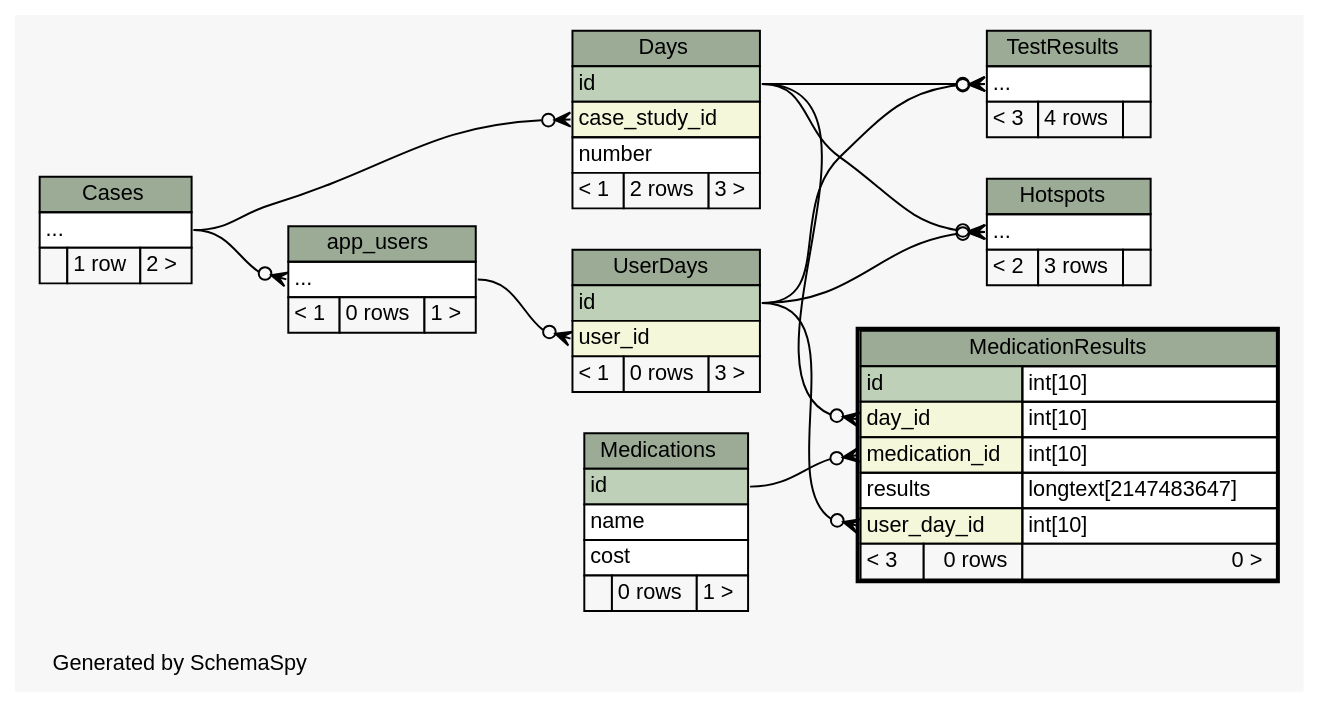
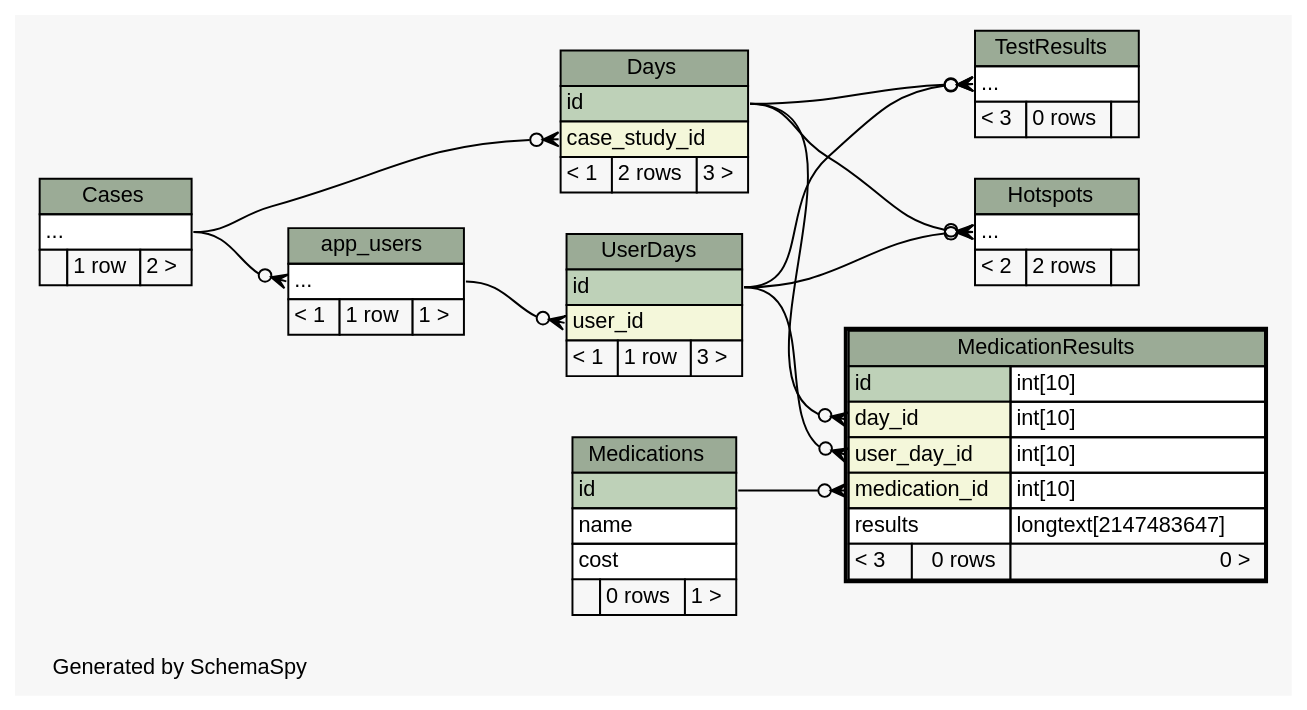
The diagram in web/files/schema/diagrams/MedicationResults.2degrees.dot (carrel2/CaseStudies), drawn with Graphviz before and after one commit. The commit also changed 75 other files, not shown here.

```diff
--- a/web/files/schema/diagrams/MedicationResults.2degrees.dot
+++ b/web/files/schema/diagrams/MedicationResults.2degrees.dot
@@ -1,121 +1,120 @@
 // dot 2.38.0 on Linux 4.4.0-64-generic
 // SchemaSpy rev 590
 digraph "twoDegreesRelationshipsDiagram" {
   graph [
     rankdir="RL"
     bgcolor="#f7f7f7"
     label="\nGenerated by SchemaSpy"
     labeljust="l"
     nodesep="0.18"
     ranksep="0.46"
     fontname="Helvetica"
     fontsize="11"
   ];
   node [
     fontname="Helvetica"
     fontsize="11"
     shape="plaintext"
   ];
   edge [
     arrowsize="0.8"
   ];
   "app_users":"elipses":w -> "Cases":"elipses":e [arrowhead=none dir=back arrowtail=crowodot];
   "Days":"case_study_id":w -> "Cases":"elipses":e [arrowhead=none dir=back arrowtail=crowodot];
   "Hotspots":"elipses":w -> "Days":"id":e [arrowhead=none dir=back arrowtail=crowodot];
   "Hotspots":"elipses":w -> "UserDays":"id":e [arrowhead=none dir=back arrowtail=crowodot];
   "MedicationResults":"day_id":w -> "Days":"id":e [arrowhead=none dir=back arrowtail=crowodot];
   "MedicationResults":"medication_id":w -> "Medications":"id":e [arrowhead=none dir=back arrowtail=crowodot];
   "MedicationResults":"user_day_id":w -> "UserDays":"id":e [arrowhead=none dir=back arrowtail=crowodot];
   "TestResults":"elipses":w -> "Days":"id":e [arrowhead=none dir=back arrowtail=crowodot];
   "TestResults":"elipses":w -> "UserDays":"id":e [arrowhead=none dir=back arrowtail=crowodot];
   "UserDays":"user_id":w -> "app_users":"elipses":e [arrowhead=none dir=back arrowtail=crowodot];
   "app_users" [
     label=<
     <TABLE BORDER="0" CELLBORDER="1" CELLSPACING="0" BGCOLOR="#ffffff">
       <TR><TD COLSPAN="3" BGCOLOR="#9bab96" ALIGN="CENTER">app_users</TD></TR>
       <TR><TD PORT="elipses" COLSPAN="3" ALIGN="LEFT">...</TD></TR>
-      <TR><TD ALIGN="LEFT" BGCOLOR="#f7f7f7">&lt; 1</TD><TD ALIGN="RIGHT" BGCOLOR="#f7f7f7">0 rows</TD><TD ALIGN="RIGHT" BGCOLOR="#f7f7f7">1 &gt;</TD></TR>
+      <TR><TD ALIGN="LEFT" BGCOLOR="#f7f7f7">&lt; 1</TD><TD ALIGN="RIGHT" BGCOLOR="#f7f7f7">1 row</TD><TD ALIGN="RIGHT" BGCOLOR="#f7f7f7">1 &gt;</TD></TR>
     </TABLE>>
     URL="app_users.html"
     tooltip="app_users"
   ];
   "Cases" [
     label=<
     <TABLE BORDER="0" CELLBORDER="1" CELLSPACING="0" BGCOLOR="#ffffff">
       <TR><TD COLSPAN="3" BGCOLOR="#9bab96" ALIGN="CENTER">Cases</TD></TR>
       <TR><TD PORT="elipses" COLSPAN="3" ALIGN="LEFT">...</TD></TR>
       <TR><TD ALIGN="LEFT" BGCOLOR="#f7f7f7">  </TD><TD ALIGN="RIGHT" BGCOLOR="#f7f7f7">1 row</TD><TD ALIGN="RIGHT" BGCOLOR="#f7f7f7">2 &gt;</TD></TR>
     </TABLE>>
     URL="Cases.html"
     tooltip="Cases"
   ];
   "Days" [
     label=<
     <TABLE BORDER="0" CELLBORDER="1" CELLSPACING="0" BGCOLOR="#ffffff">
       <TR><TD COLSPAN="3" BGCOLOR="#9bab96" ALIGN="CENTER">Days</TD></TR>
       <TR><TD PORT="id" COLSPAN="3" BGCOLOR="#bed1b8" ALIGN="LEFT">id</TD></TR>
       <TR><TD PORT="case_study_id" COLSPAN="3" BGCOLOR="#f4f7da" ALIGN="LEFT">case_study_id</TD></TR>
-      <TR><TD PORT="number" COLSPAN="3" ALIGN="LEFT">number</TD></TR>
       <TR><TD ALIGN="LEFT" BGCOLOR="#f7f7f7">&lt; 1</TD><TD ALIGN="RIGHT" BGCOLOR="#f7f7f7">2 rows</TD><TD ALIGN="RIGHT" BGCOLOR="#f7f7f7">3 &gt;</TD></TR>
     </TABLE>>
     URL="Days.html"
     tooltip="Days"
   ];
   "Hotspots" [
     label=<
     <TABLE BORDER="0" CELLBORDER="1" CELLSPACING="0" BGCOLOR="#ffffff">
       <TR><TD COLSPAN="3" BGCOLOR="#9bab96" ALIGN="CENTER">Hotspots</TD></TR>
       <TR><TD PORT="elipses" COLSPAN="3" ALIGN="LEFT">...</TD></TR>
-      <TR><TD ALIGN="LEFT" BGCOLOR="#f7f7f7">&lt; 2</TD><TD ALIGN="RIGHT" BGCOLOR="#f7f7f7">3 rows</TD><TD ALIGN="RIGHT" BGCOLOR="#f7f7f7">  </TD></TR>
+      <TR><TD ALIGN="LEFT" BGCOLOR="#f7f7f7">&lt; 2</TD><TD ALIGN="RIGHT" BGCOLOR="#f7f7f7">2 rows</TD><TD ALIGN="RIGHT" BGCOLOR="#f7f7f7">  </TD></TR>
     </TABLE>>
     URL="Hotspots.html"
     tooltip="Hotspots"
   ];
   "MedicationResults" [
     label=<
     <TABLE BORDER="2" CELLBORDER="1" CELLSPACING="0" BGCOLOR="#ffffff">
       <TR><TD COLSPAN="3" BGCOLOR="#9bab96" ALIGN="CENTER">MedicationResults</TD></TR>
       <TR><TD PORT="id" COLSPAN="2" BGCOLOR="#bed1b8" ALIGN="LEFT">id</TD><TD PORT="id.type" ALIGN="LEFT">int[10]</TD></TR>
       <TR><TD PORT="day_id" COLSPAN="2" BGCOLOR="#f4f7da" ALIGN="LEFT">day_id</TD><TD PORT="day_id.type" ALIGN="LEFT">int[10]</TD></TR>
+      <TR><TD PORT="user_day_id" COLSPAN="2" BGCOLOR="#f4f7da" ALIGN="LEFT">user_day_id</TD><TD PORT="user_day_id.type" ALIGN="LEFT">int[10]</TD></TR>
       <TR><TD PORT="medication_id" COLSPAN="2" BGCOLOR="#f4f7da" ALIGN="LEFT">medication_id</TD><TD PORT="medication_id.type" ALIGN="LEFT">int[10]</TD></TR>
       <TR><TD PORT="results" COLSPAN="2" ALIGN="LEFT">results</TD><TD PORT="results.type" ALIGN="LEFT">longtext[2147483647]</TD></TR>
-      <TR><TD PORT="user_day_id" COLSPAN="2" BGCOLOR="#f4f7da" ALIGN="LEFT">user_day_id</TD><TD PORT="user_day_id.type" ALIGN="LEFT">int[10]</TD></TR>
       <TR><TD ALIGN="LEFT" BGCOLOR="#f7f7f7">&lt; 3</TD><TD ALIGN="RIGHT" BGCOLOR="#f7f7f7">0 rows</TD><TD ALIGN="RIGHT" BGCOLOR="#f7f7f7">0 &gt;</TD></TR>
     </TABLE>>
     URL="MedicationResults.html"
     tooltip="MedicationResults"
   ];
   "Medications" [
     label=<
     <TABLE BORDER="0" CELLBORDER="1" CELLSPACING="0" BGCOLOR="#ffffff">
       <TR><TD COLSPAN="3" BGCOLOR="#9bab96" ALIGN="CENTER">Medications</TD></TR>
       <TR><TD PORT="id" COLSPAN="3" BGCOLOR="#bed1b8" ALIGN="LEFT">id</TD></TR>
       <TR><TD PORT="name" COLSPAN="3" ALIGN="LEFT">name</TD></TR>
       <TR><TD PORT="cost" COLSPAN="3" ALIGN="LEFT">cost</TD></TR>
       <TR><TD ALIGN="LEFT" BGCOLOR="#f7f7f7">  </TD><TD ALIGN="RIGHT" BGCOLOR="#f7f7f7">0 rows</TD><TD ALIGN="RIGHT" BGCOLOR="#f7f7f7">1 &gt;</TD></TR>
     </TABLE>>
     URL="Medications.html"
     tooltip="Medications"
   ];
   "TestResults" [
     label=<
     <TABLE BORDER="0" CELLBORDER="1" CELLSPACING="0" BGCOLOR="#ffffff">
       <TR><TD COLSPAN="3" BGCOLOR="#9bab96" ALIGN="CENTER">TestResults</TD></TR>
       <TR><TD PORT="elipses" COLSPAN="3" ALIGN="LEFT">...</TD></TR>
-      <TR><TD ALIGN="LEFT" BGCOLOR="#f7f7f7">&lt; 3</TD><TD ALIGN="RIGHT" BGCOLOR="#f7f7f7">4 rows</TD><TD ALIGN="RIGHT" BGCOLOR="#f7f7f7">  </TD></TR>
+      <TR><TD ALIGN="LEFT" BGCOLOR="#f7f7f7">&lt; 3</TD><TD ALIGN="RIGHT" BGCOLOR="#f7f7f7">0 rows</TD><TD ALIGN="RIGHT" BGCOLOR="#f7f7f7">  </TD></TR>
     </TABLE>>
     URL="TestResults.html"
     tooltip="TestResults"
   ];
   "UserDays" [
     label=<
     <TABLE BORDER="0" CELLBORDER="1" CELLSPACING="0" BGCOLOR="#ffffff">
       <TR><TD COLSPAN="3" BGCOLOR="#9bab96" ALIGN="CENTER">UserDays</TD></TR>
       <TR><TD PORT="id" COLSPAN="3" BGCOLOR="#bed1b8" ALIGN="LEFT">id</TD></TR>
       <TR><TD PORT="user_id" COLSPAN="3" BGCOLOR="#f4f7da" ALIGN="LEFT">user_id</TD></TR>
-      <TR><TD ALIGN="LEFT" BGCOLOR="#f7f7f7">&lt; 1</TD><TD ALIGN="RIGHT" BGCOLOR="#f7f7f7">0 rows</TD><TD ALIGN="RIGHT" BGCOLOR="#f7f7f7">3 &gt;</TD></TR>
+      <TR><TD ALIGN="LEFT" BGCOLOR="#f7f7f7">&lt; 1</TD><TD ALIGN="RIGHT" BGCOLOR="#f7f7f7">1 row</TD><TD ALIGN="RIGHT" BGCOLOR="#f7f7f7">3 &gt;</TD></TR>
     </TABLE>>
     URL="UserDays.html"
     tooltip="UserDays"
   ];
 }
```
